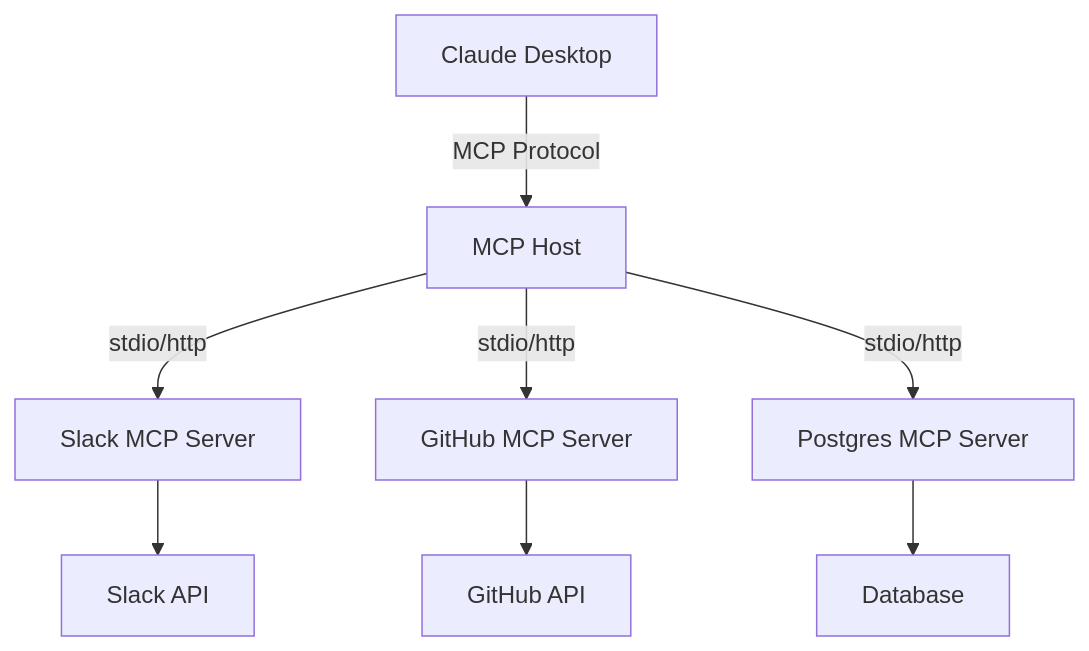
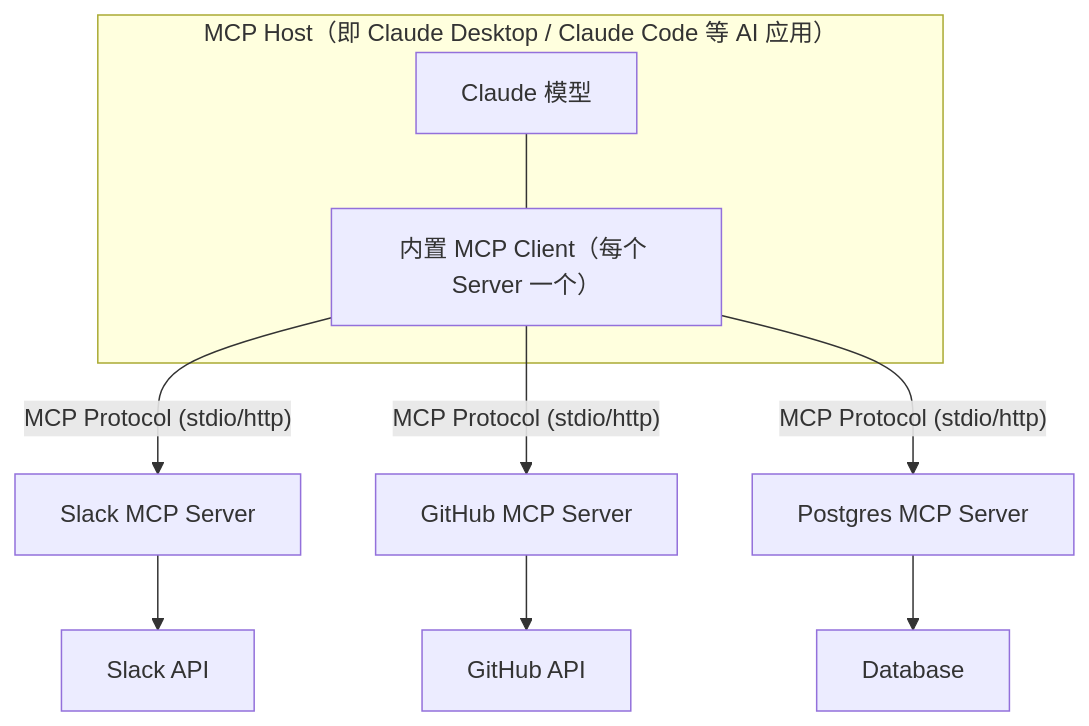
The second of 2 diagrams in 04_mcp/4.1_intro.md (yeasy/claude_guide), drawn with Mermaid before and after one commit. The commit also changed other lines of this file and 13 other files, not shown here.

````diff
--- a/04_mcp/4.1_intro.md
+++ b/04_mcp/4.1_intro.md
@@ -46,11 +46,13 @@
 ```mermaid
 graph TD
-    A["Claude Desktop"] -- "MCP Protocol" --> H["MCP Host"]
-    H -- "stdio/http" --> S1["Slack MCP Server"]
-    H -- "stdio/http" --> S2["GitHub MCP Server"]
-    H -- "stdio/http" --> S3["Postgres MCP Server"]
+    subgraph H["MCP Host（即 Claude Desktop / Claude Code 等 AI 应用）"]
+        A["Claude 模型"] --- C["内置 MCP Client（每个 Server 一个）"]
+    end
+    C -- "MCP Protocol (stdio/http)" --> S1["Slack MCP Server"]
+    C -- "MCP Protocol (stdio/http)" --> S2["GitHub MCP Server"]
+    C -- "MCP Protocol (stdio/http)" --> S3["Postgres MCP Server"]
 
     S1 --> RealSlack["Slack API"]
     S2 --> RealGitHub["GitHub API"]
     S3 --> RealDB["Database"]
 ```
````
